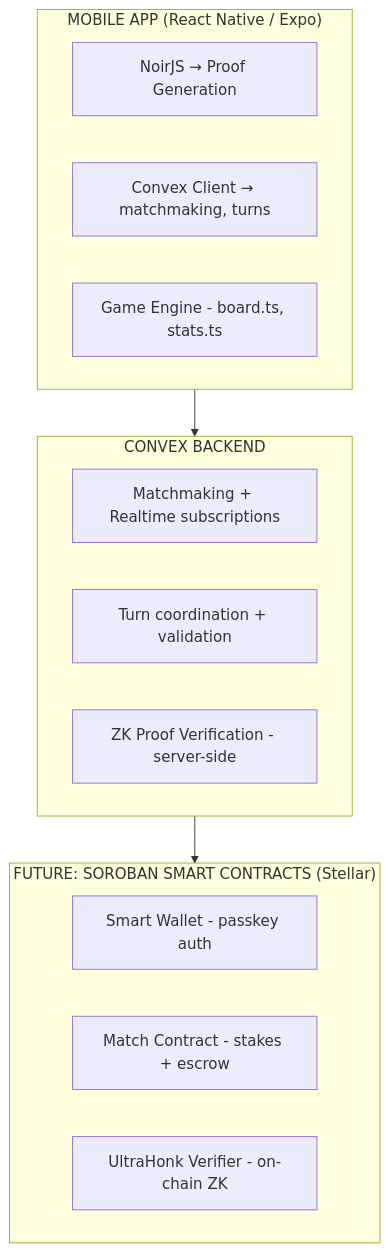
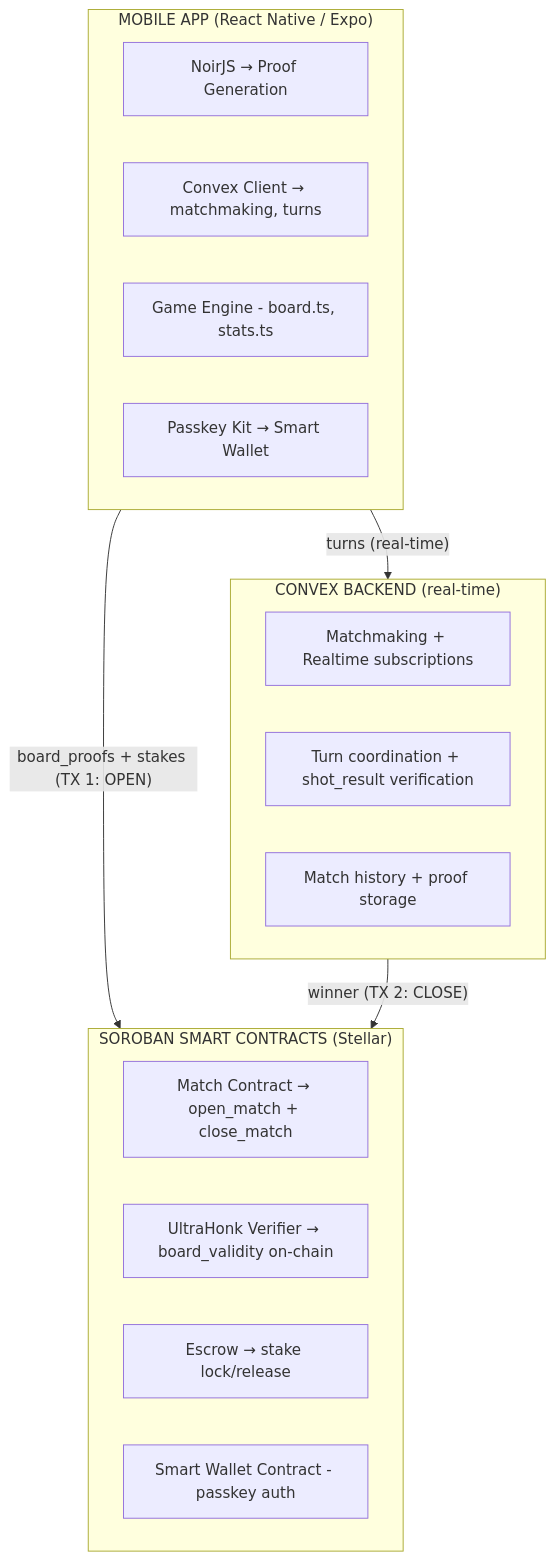
The first of 5 diagrams in docs/ZK-PVP-DESIGN.md (olivmath/stealth-battleship), drawn with Mermaid before and after one commit. The commit also changed other lines of this file and 1 other file, not shown here.

````diff
--- a/docs/ZK-PVP-DESIGN.md
+++ b/docs/ZK-PVP-DESIGN.md
@@ -11,22 +11,26 @@
 ```mermaid
 graph TB
     subgraph APP["MOBILE APP (React Native / Expo)"]
         A1[NoirJS → Proof Generation]
         A2[Convex Client → matchmaking, turns]
         A3[Game Engine - board.ts, stats.ts]
+        A4[Passkey Kit → Smart Wallet]
     end
 
-    subgraph CONVEX["CONVEX BACKEND"]
+    subgraph CONVEX["CONVEX BACKEND (real-time)"]
         B1[Matchmaking + Realtime subscriptions]
-        B2[Turn coordination + validation]
-        B3[ZK Proof Verification - server-side]
+        B2[Turn coordination + shot_result verification]
+        B3[Match history + proof storage]
     end
 
-    subgraph SOROBAN["FUTURE: SOROBAN SMART CONTRACTS (Stellar)"]
-        C1[Smart Wallet - passkey auth]
-        C2[Match Contract - stakes + escrow]
-        C3[UltraHonk Verifier - on-chain ZK]
+    subgraph SOROBAN["SOROBAN SMART CONTRACTS (Stellar)"]
+        C1[Match Contract → open_match + close_match]
+        C2[UltraHonk Verifier → board_validity on-chain]
+        C3[Escrow → stake lock/release]
+        C4[Smart Wallet Contract - passkey auth]
     end
 
-    APP --> CONVEX --> SOROBAN
+    APP -- "board_proofs + stakes (TX 1: OPEN)" --> SOROBAN
+    APP -- "turns (real-time)" --> CONVEX
+    CONVEX -- "winner (TX 2: CLOSE)" --> SOROBAN
 ```
````
